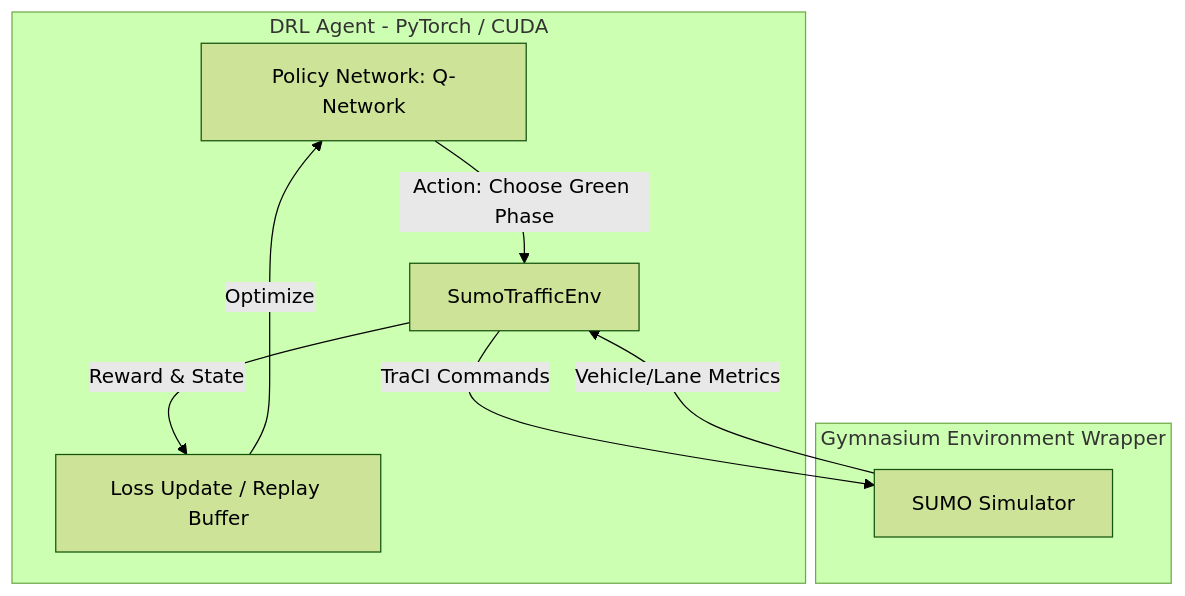
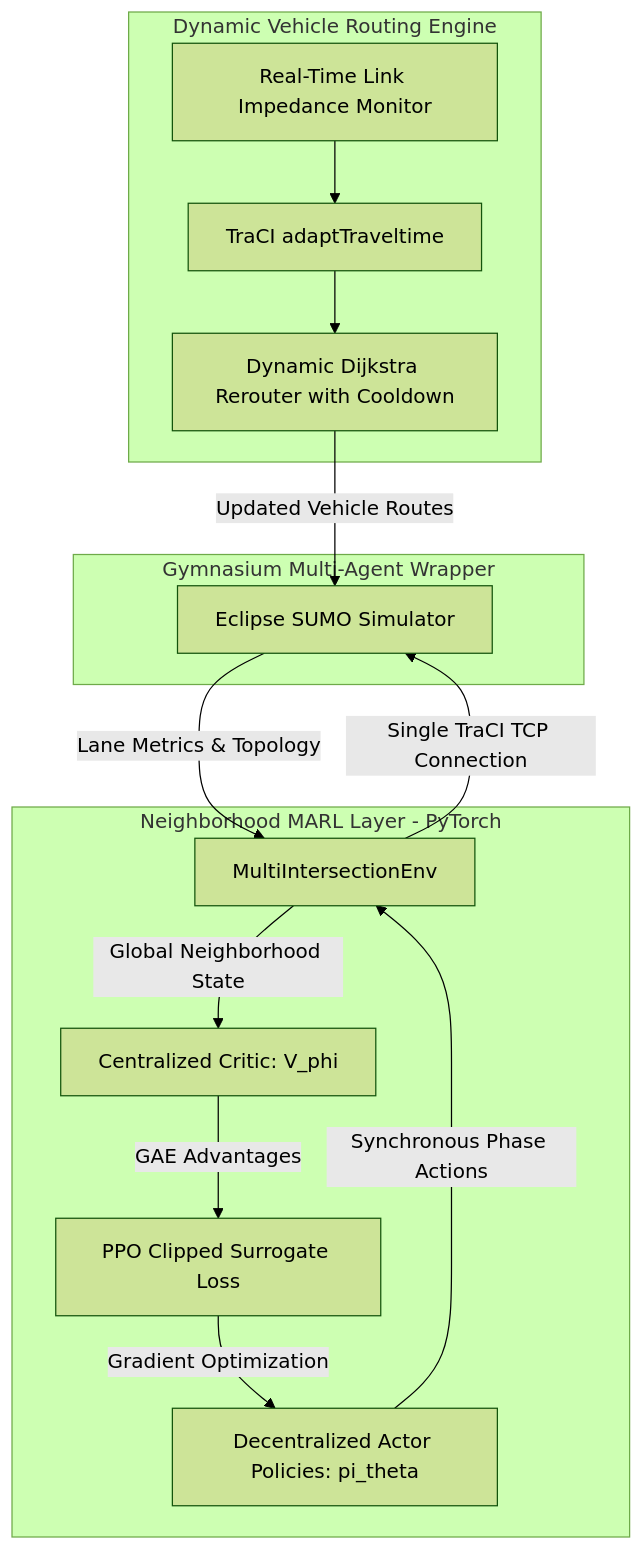
One commit to kirantej5/traffic-signal-drl changed the diagram in docs/methodology.md. Above: the diagram before and after it, drawn with Mermaid (forest theme). The commit also changed other lines of this file and 47 other files, not shown here.

````diff
--- a/docs/methodology.md
+++ b/docs/methodology.md
@@ -22,13 +21,21 @@
 ```mermaid
 graph TD
-    subgraph DRL Agent [DRL Agent - PyTorch / CUDA]
-        Policy[Policy Network: Q-Network] -->|Action: Choose Green Phase| Env
-        Env -->|Reward & State| Loss[Loss Update / Replay Buffer]
-        Loss -->|Optimize| Policy
+    subgraph Routing [Dynamic Vehicle Routing Engine]
+        R1[Real-Time Link Impedance Monitor] --> R2[TraCI adaptTraveltime]
+        R2 --> R3[Dynamic Dijkstra Rerouter with Cooldown]
+    end
+
+    subgraph MARL [Neighborhood MARL Layer - PyTorch]
+        Policy[Decentralized Actor Policies: pi_theta] -->|Synchronous Phase Actions| Env
+        Env -->|Global Neighborhood State| Critic[Centralized Critic: V_phi]
+        Critic -->|GAE Advantages| PPO_Loss[PPO Clipped Surrogate Loss]
+        PPO_Loss -->|Gradient Optimization| Policy
     end
     
-    subgraph Gym Env [Gymnasium Environment Wrapper]
-        Env[SumoTrafficEnv] -->|TraCI Commands| SUMO[SUMO Simulator]
-        SUMO -->|Vehicle/Lane Metrics| Env
+    subgraph Gym [Gymnasium Multi-Agent Wrapper]
+        Env[MultiIntersectionEnv] -->|Single TraCI TCP Connection| SUMO[Eclipse SUMO Simulator]
+        SUMO -->|Lane Metrics & Topology| Env
     end
+
+    R3 -->|Updated Vehicle Routes| SUMO
 ```
````
